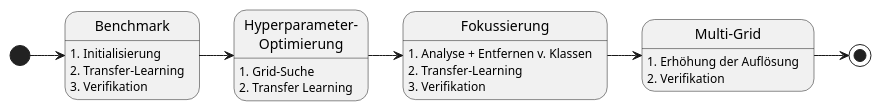
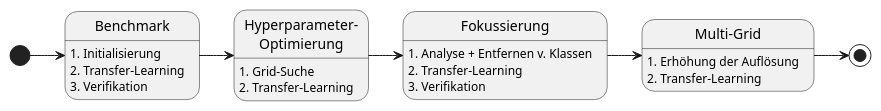
One commit to simnado/Master-Thesis changed the diagram in fig/phases.puml. Above: the diagram before and after it, drawn with PlantUML. The commit also changed 3 other files, not shown here.

```diff
--- a/fig/phases.puml
+++ b/fig/phases.puml
@@ -1,27 +1,27 @@
 @startuml
 skinparam monochrome true
 
 state "Benchmark" as Phase1
 state "Hyperparameter-\nOptimierung" as Phase2
 state "Fokussierung" as Phase3
 state "Multi-Grid" as Phase4
 
 [*] -> Phase1
 Phase1 -> Phase2
 Phase2 -> Phase3
 Phase3 -> Phase4
 Phase4 -> [*]
 
 Phase1 : 1. Initialisierung
 Phase1 : 2. Transfer-Learning
 Phase1 : 3. Verifikation
 Phase2 : 1. Grid-Suche
-Phase2 : 2. Transfer Learning
+Phase2 : 2. Transfer-Learning
 Phase3 : 1. Analyse + Entfernen v. Klassen
 Phase3 : 2. Transfer-Learning
 Phase3 : 3. Verifikation
 Phase4 : 1. Erhöhung der Auflösung
-Phase4 : 2. Verifikation
+Phase4 : 2. Transfer-Learning
 
 
 @enduml
```
